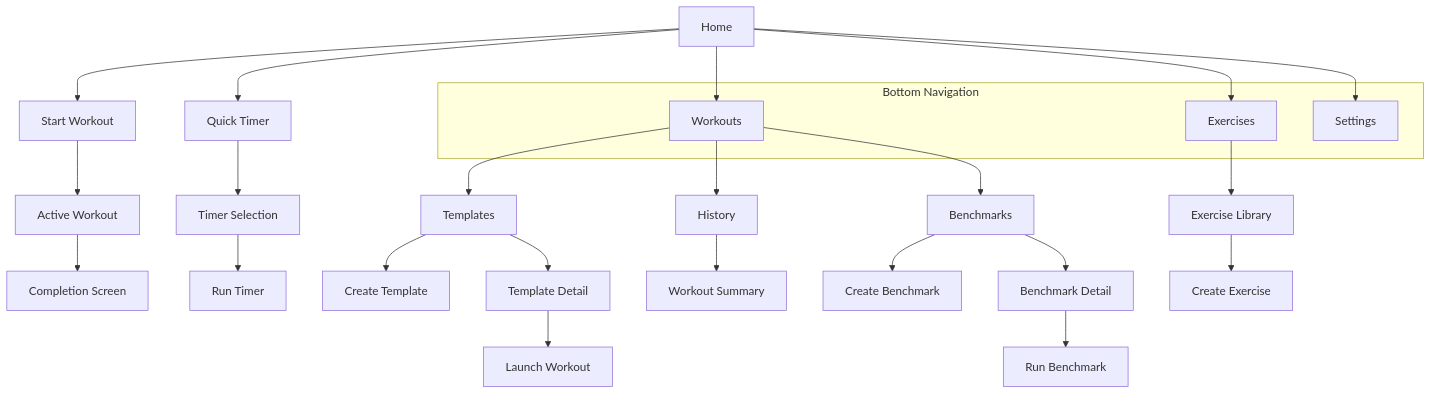
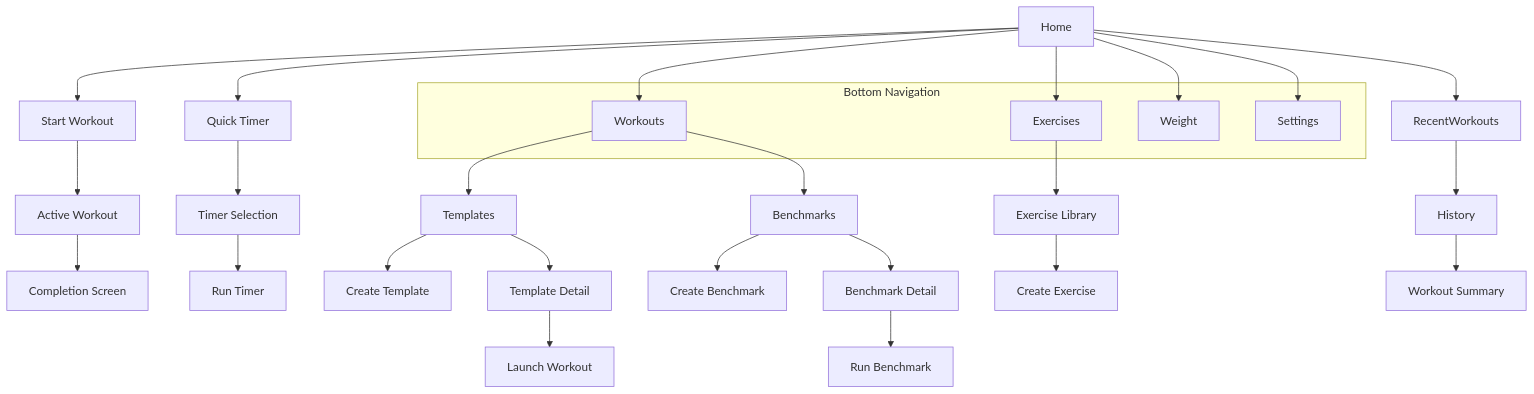
Before and after one commit to alexanderop/workoutTracker: the first of 7 diagrams in brain/reference/PRODUCT_FEATURES.md, drawn with Mermaid. The commit also changed other lines of this file and 21 other files, not shown here.

````diff
--- a/brain/reference/PRODUCT_FEATURES.md
+++ b/brain/reference/PRODUCT_FEATURES.md
@@ -41,40 +41,42 @@
 ```mermaid
 flowchart TB
     Home[Home]
 
     Home --> StartWorkout[Start Workout]
     Home --> QuickTimer[Quick Timer]
 
     subgraph Bottom Navigation
         WorkoutsTab[Workouts]
         ExercisesTab[Exercises]
+        WeightTab[Weight]
         SettingsTab[Settings]
     end
 
     Home --> WorkoutsTab
     Home --> ExercisesTab
+    Home --> WeightTab
     Home --> SettingsTab
+    Home --> RecentWorkouts --> HistoryView[History]
 
     WorkoutsTab --> Templates[Templates]
-    WorkoutsTab --> History[History]
     WorkoutsTab --> Benchmarks[Benchmarks]
 
     Templates --> CreateTemplate[Create Template]
     Templates --> TemplateDetail[Template Detail]
     TemplateDetail --> LaunchWorkout[Launch Workout]
 
     Benchmarks --> CreateBenchmark[Create Benchmark]
     Benchmarks --> BenchmarkDetail[Benchmark Detail]
     BenchmarkDetail --> RunBenchmark[Run Benchmark]
 
-    History --> WorkoutSummary[Workout Summary]
+    HistoryView --> WorkoutSummary[Workout Summary]
 
     StartWorkout --> ActiveWorkout[Active Workout]
     ActiveWorkout --> CompletionScreen[Completion Screen]
 
     QuickTimer --> TimerSelection[Timer Selection]
     TimerSelection --> RunTimer[Run Timer]
 
     ExercisesTab --> ExerciseLibrary[Exercise Library]
     ExerciseLibrary --> CreateExercise[Create Exercise]
 ```
````
